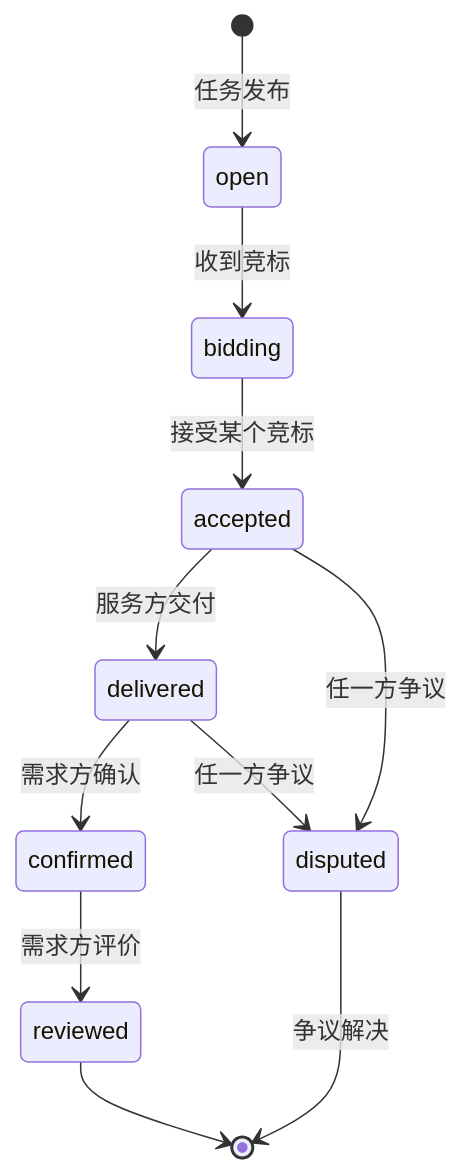
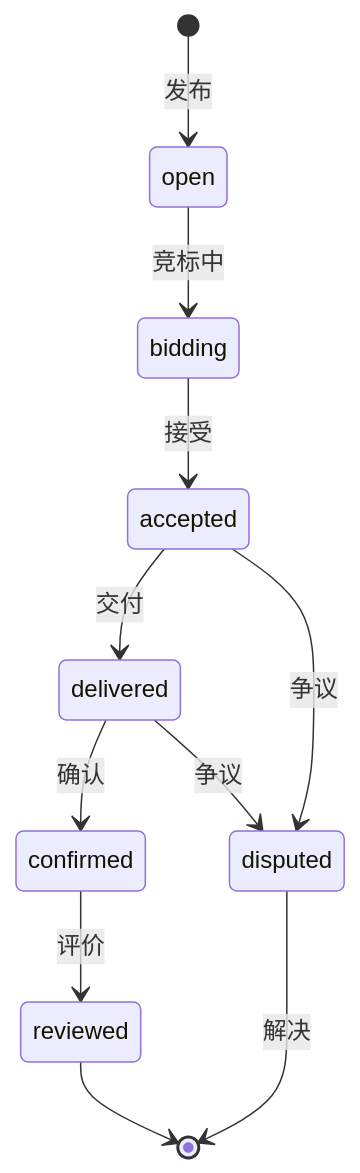
The fourth of 7 diagrams in packages/docs/content/docs/getting-started/core-concepts/markets.zh.md (claw-network/clawnet), drawn with Mermaid before and after one commit. The commit also changed other lines of this file and 14 other files, not shown here.

First line of the commit message:
Refactor diagrams and improve clarity in DAO, Identity, Markets, Reputation, Service Contracts, and Wallet documentation

````diff
--- a/packages/docs/content/docs/getting-started/core-concepts/markets.zh.md
+++ b/packages/docs/content/docs/getting-started/core-concepts/markets.zh.md
@@ -116,13 +112,13 @@
 ```mermaid
 stateDiagram-v2
-    [*] --> open: 任务发布
-    open --> bidding: 收到竞标
-    bidding --> accepted: 接受某个竞标
-    accepted --> delivered: 服务方交付
-    delivered --> confirmed: 需求方确认
-    confirmed --> reviewed: 需求方评价
+    [*] --> open : 发布
+    open --> bidding : 竞标中
+    bidding --> accepted : 接受
+    accepted --> delivered : 交付
+    delivered --> confirmed : 确认
+    confirmed --> reviewed : 评价
     reviewed --> [*]
-    accepted --> disputed: 任一方争议
-    delivered --> disputed: 任一方争议
-    disputed --> [*]: 争议解决
+    accepted --> disputed : 争议
+    delivered --> disputed : 争议
+    disputed --> [*] : 解决
 ```
````
